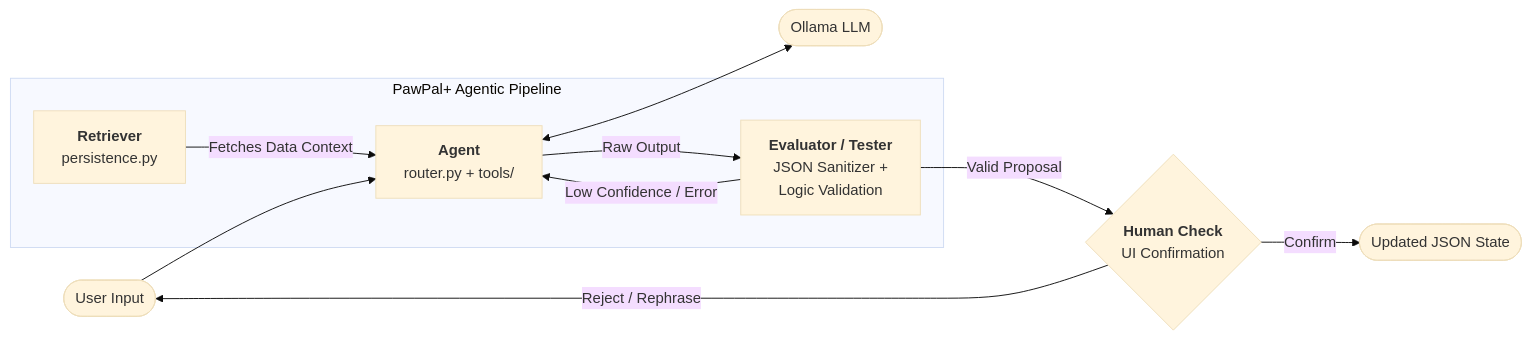
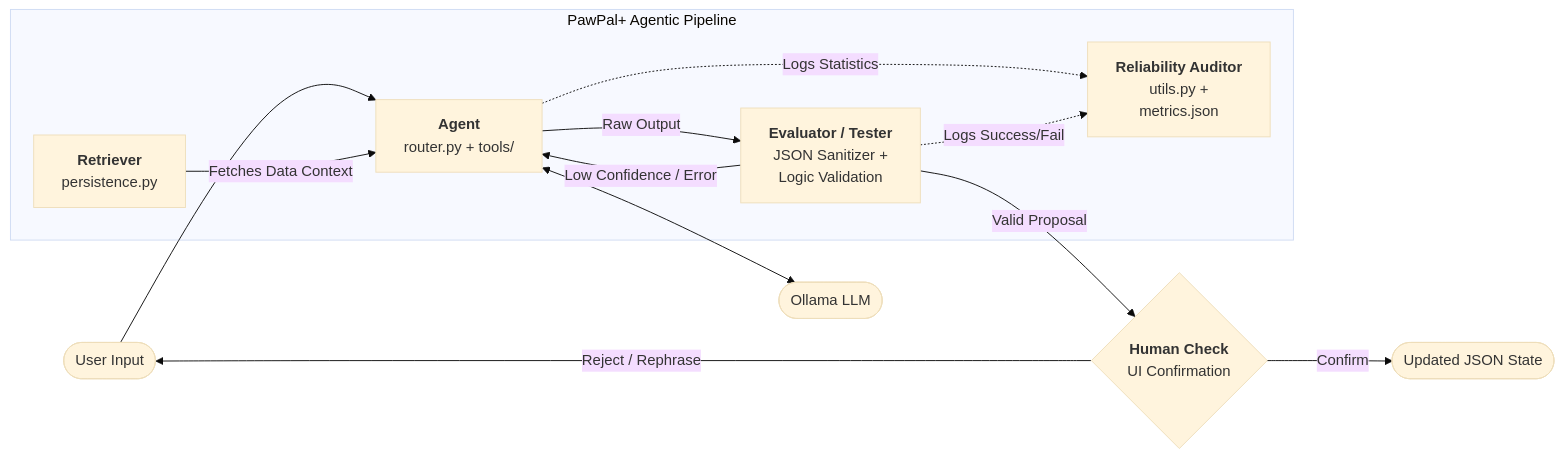
One commit to Mebsina/pawpal-ai-system-project changed the fourth of 4 diagrams in README.md. Above: the diagram before and after it, drawn with Mermaid (base theme). The commit also changed other lines of this file and 5 other files, not shown here.

Commit message:
feat: implement reliability auditor, schema validation, and content guardrails

````diff
--- a/README.md
+++ b/README.md
@@ -174,20 +177,24 @@
 ```mermaid
 flowchart LR
     Input([User Input]) --> Agent
     
     subgraph System["PawPal+ Agentic Pipeline"]
         Agent["<b>Agent</b><br/>router.py + tools/"]
         Retriever["<b>Retriever</b><br/>persistence.py"]
         Evaluator["<b>Evaluator / Tester</b><br/>JSON Sanitizer +<br/>Logic Validation"]
+        Auditor["<b>Reliability Auditor</b><br/>utils.py +<br/>metrics.json"]
     end
     
     Retriever -- "Fetches Data Context" --> Agent
     Agent <--> Ollama([Ollama LLM])
     Agent -- "Raw Output" --> Evaluator
     
     Evaluator -- "Low Confidence / Error" --> Agent
     Evaluator -- "Valid Proposal" --> HumanCheck{<b>Human Check</b><br/>UI Confirmation}
     
     HumanCheck -- "Confirm" --> State([Updated JSON State])
     HumanCheck -- "Reject / Rephrase" --> Input
+
+    Agent -.->|"Logs Statistics"| Auditor
+    Evaluator -.->|"Logs Success/Fail"| Auditor
 ```
````
